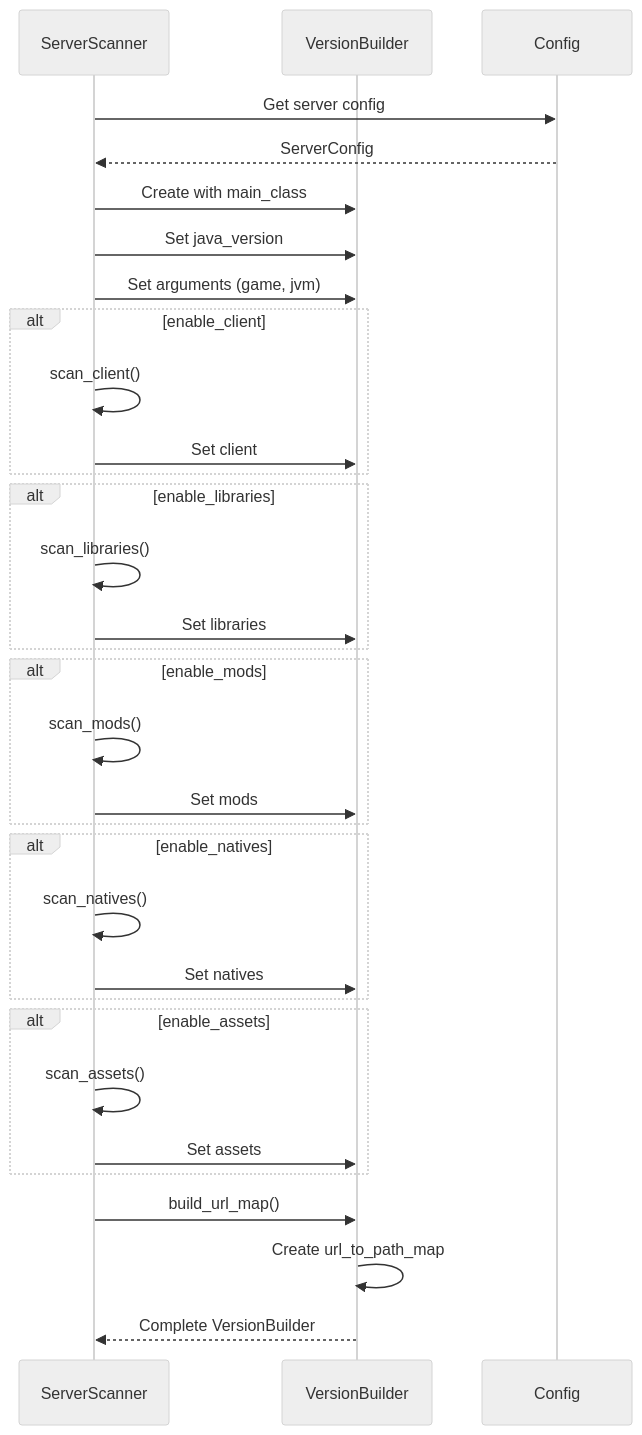
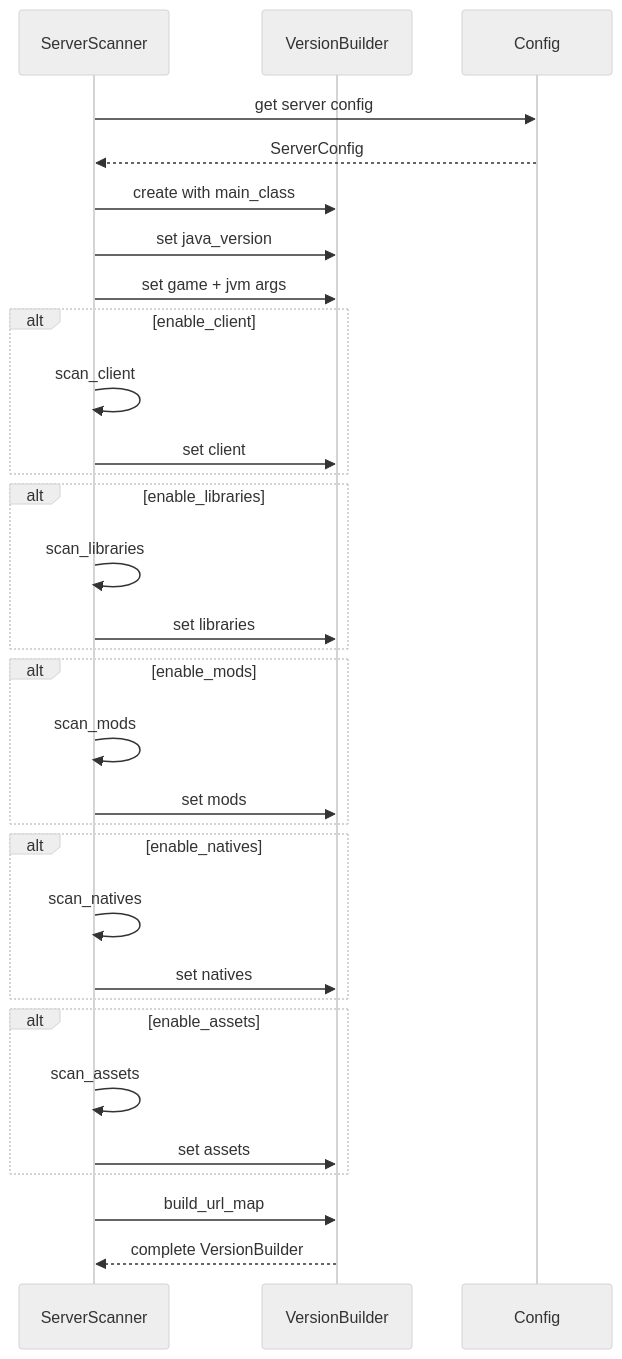
The sixth of 6 diagrams in crates/scanner/docs/flow.md (Lighty-Launcher/LightyUpdater), drawn with Mermaid (neutral theme) before and after one commit. The commit also changed other lines of this file and 22 other files, not shown here.

First line of the commit message:
Simplify per-crate docs + harden mermaid for GitBook

````diff
--- a/crates/scanner/docs/flow.md
+++ b/crates/scanner/docs/flow.md
@@ -158,42 +151,37 @@
 ```mermaid
 sequenceDiagram
     participant SS as ServerScanner
     participant VB as VersionBuilder
     participant Config
 
-    SS->>Config: Get server config
+    SS->>Config: get server config
     Config-->>SS: ServerConfig
 
-    SS->>VB: Create with main_class
-    SS->>VB: Set java_version
-    SS->>VB: Set arguments (game, jvm)
+    SS->>VB: create with main_class
+    SS->>VB: set java_version
+    SS->>VB: set game + jvm args
 
     alt enable_client
-        SS->>SS: scan_client()
-        SS->>VB: Set client
+        SS->>SS: scan_client
+        SS->>VB: set client
+    end
+    alt enable_libraries
+        SS->>SS: scan_libraries
+        SS->>VB: set libraries
+    end
+    alt enable_mods
+        SS->>SS: scan_mods
+        SS->>VB: set mods
+    end
+    alt enable_natives
+        SS->>SS: scan_natives
+        SS->>VB: set natives
+    end
+    alt enable_assets
+        SS->>SS: scan_assets
+        SS->>VB: set assets
     end
 
-    alt enable_libraries
-        SS->>SS: scan_libraries()
-        SS->>VB: Set libraries
-    end
-
-    alt enable_mods
-        SS->>SS: scan_mods()
-        SS->>VB: Set mods
-    end
-
-    alt enable_natives
-        SS->>SS: scan_natives()
-        SS->>VB: Set natives
-    end
-
-    alt enable_assets
-        SS->>SS: scan_assets()
-        SS->>VB: Set assets
-    end
-
-    SS->>VB: build_url_map()
-    VB->>VB: Create url_to_path_map
-    VB-->>SS: Complete VersionBuilder
+    SS->>VB: build_url_map
+    VB-->>SS: complete VersionBuilder
 ```
````
